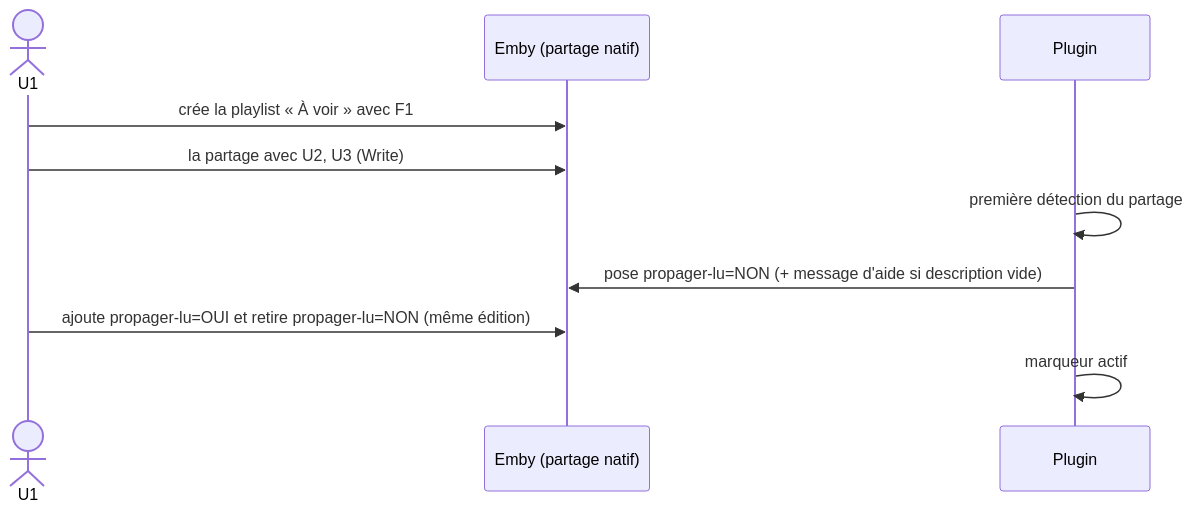
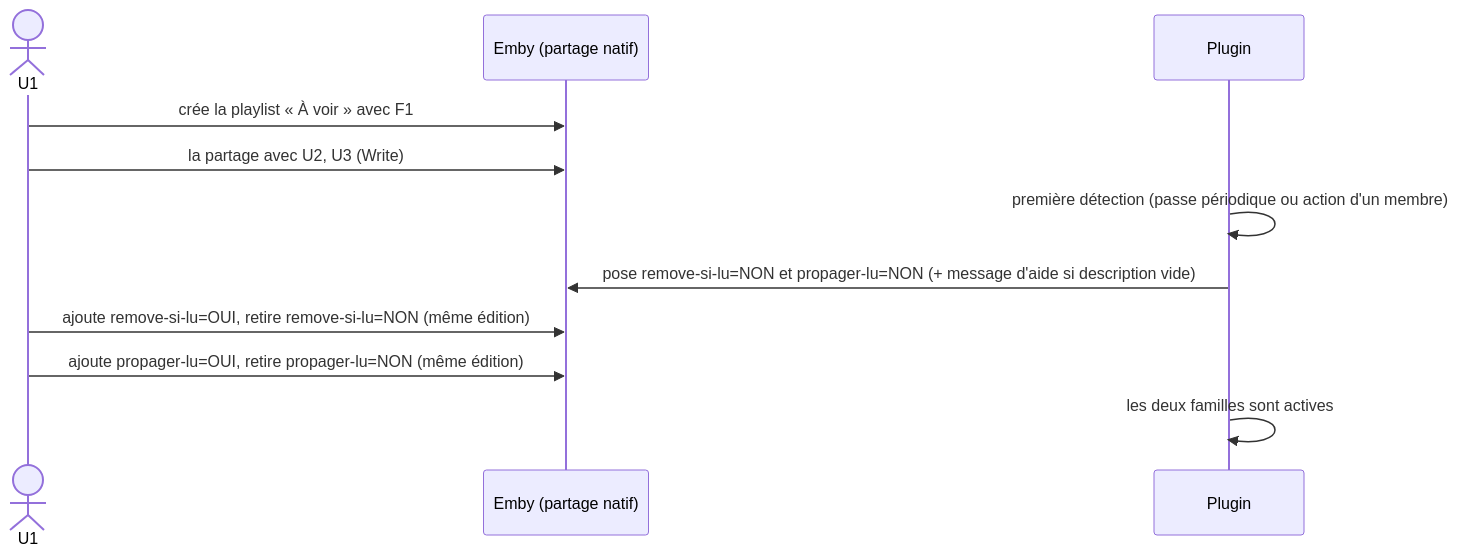
The first of 5 diagrams in docs/chronogrammes.md (CCoupel/Emby_PlaySync), drawn with Mermaid before and after one commit. The commit also changed other lines of this file and 1 other file, not shown here.

Commit message:
docs(spec): réécrit la spec avec deux étiquettes, sans file ni état (#17)

````diff
--- a/docs/chronogrammes.md
+++ b/docs/chronogrammes.md
@@ -137,12 +180,13 @@
 ```mermaid
 sequenceDiagram
     actor U1
     participant E as Emby (partage natif)
     participant P as Plugin
     U1->>E: crée la playlist « À voir » avec F1
     U1->>E: la partage avec U2, U3 (Write)
-    P->>P: première détection du partage
-    P->>E: pose propager-lu=NON (+ message d'aide si description vide)
-    U1->>E: ajoute propager-lu=OUI et retire propager-lu=NON (même édition)
-    P->>P: marqueur actif
+    P->>P: première détection (passe périodique ou action d'un membre)
+    P->>E: pose remove-si-lu=NON et propager-lu=NON (+ message d'aide si description vide)
+    U1->>E: ajoute remove-si-lu=OUI, retire remove-si-lu=NON (même édition)
+    U1->>E: ajoute propager-lu=OUI, retire propager-lu=NON (même édition)
+    P->>P: les deux familles sont actives
 ```
````
